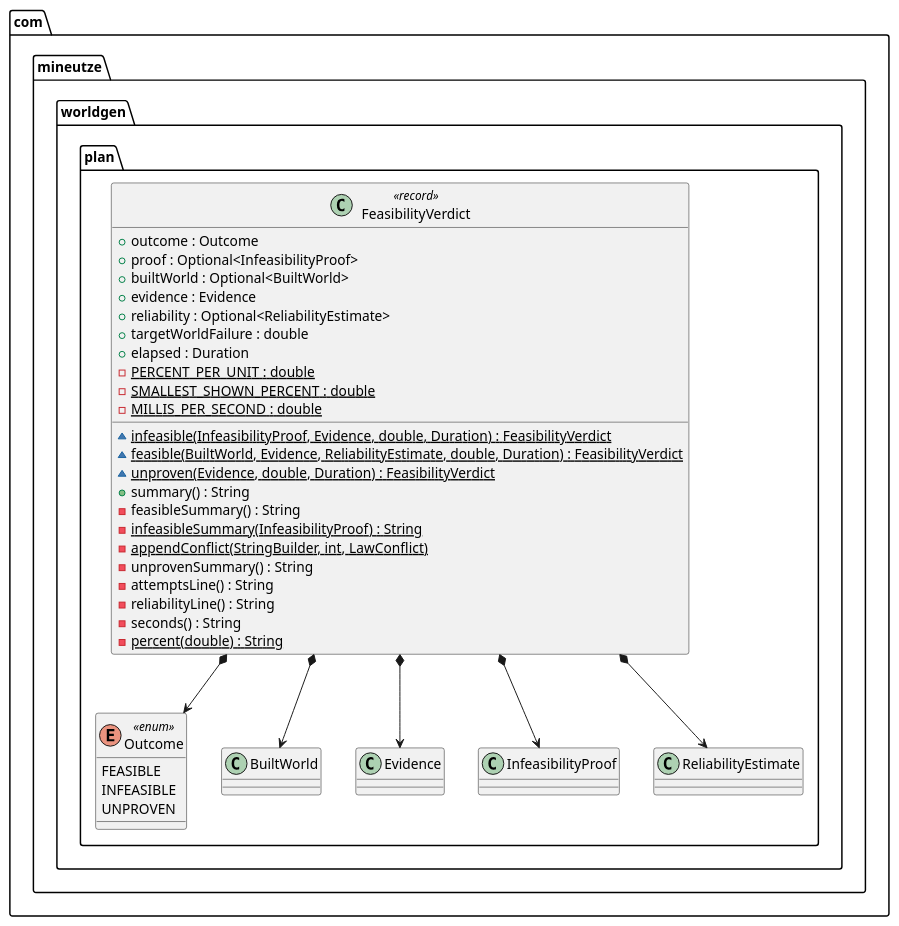
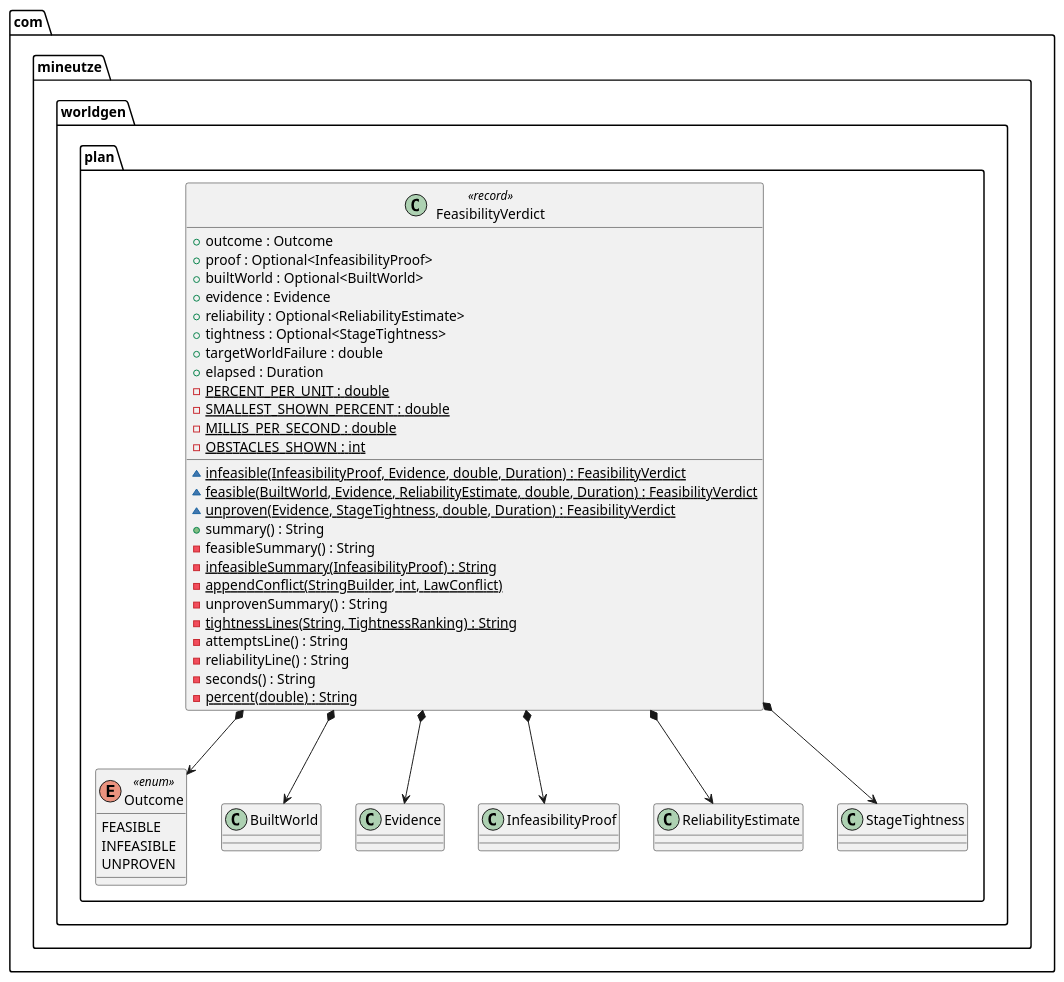
One commit to Boulede987/Mine-Utz changed the diagram in companion-mods/mineutze-worldgen/doc/Modelisation/Fragments/com/mineutze/worldgen/plan/FeasibilityVerdict.puml. Above: the diagram before and after it, drawn with PlantUML. The commit also changed 51 other files, not shown here.

First line of the commit message:
docs(worldgen): regenerate class diagrams for the tightness ranking

```diff
--- a/companion-mods/mineutze-worldgen/doc/Modelisation/Fragments/com/mineutze/worldgen/plan/FeasibilityVerdict.puml
+++ b/companion-mods/mineutze-worldgen/doc/Modelisation/Fragments/com/mineutze/worldgen/plan/FeasibilityVerdict.puml
@@ -1,37 +1,41 @@
 namespace com.mineutze.worldgen.plan {
 class FeasibilityVerdict <<record>> {
   + outcome : Outcome
   + proof : Optional<InfeasibilityProof>
   + builtWorld : Optional<BuiltWorld>
   + evidence : Evidence
   + reliability : Optional<ReliabilityEstimate>
+  + tightness : Optional<StageTightness>
   + targetWorldFailure : double
   + elapsed : Duration
   - {static} PERCENT_PER_UNIT : double
   - {static} SMALLEST_SHOWN_PERCENT : double
   - {static} MILLIS_PER_SECOND : double
+  - {static} OBSTACLES_SHOWN : int
   ~ {static} infeasible(InfeasibilityProof, Evidence, double, Duration) : FeasibilityVerdict
   ~ {static} feasible(BuiltWorld, Evidence, ReliabilityEstimate, double, Duration) : FeasibilityVerdict
-  ~ {static} unproven(Evidence, double, Duration) : FeasibilityVerdict
+  ~ {static} unproven(Evidence, StageTightness, double, Duration) : FeasibilityVerdict
   + summary() : String
   - feasibleSummary() : String
   - {static} infeasibleSummary(InfeasibilityProof) : String
   - {static} appendConflict(StringBuilder, int, LawConflict)
   - unprovenSummary() : String
+  - {static} tightnessLines(String, TightnessRanking) : String
   - attemptsLine() : String
   - reliabilityLine() : String
   - seconds() : String
   - {static} percent(double) : String
 }
 enum Outcome <<enum>> {
   FEASIBLE
   INFEASIBLE
   UNPROVEN
 }
 }
 
 com.mineutze.worldgen.plan.FeasibilityVerdict *--> com.mineutze.worldgen.plan.BuiltWorld
 com.mineutze.worldgen.plan.FeasibilityVerdict *--> com.mineutze.worldgen.plan.Evidence
 com.mineutze.worldgen.plan.FeasibilityVerdict *--> com.mineutze.worldgen.plan.InfeasibilityProof
 com.mineutze.worldgen.plan.FeasibilityVerdict *--> com.mineutze.worldgen.plan.Outcome
 com.mineutze.worldgen.plan.FeasibilityVerdict *--> com.mineutze.worldgen.plan.ReliabilityEstimate
+com.mineutze.worldgen.plan.FeasibilityVerdict *--> com.mineutze.worldgen.plan.StageTightness
```
